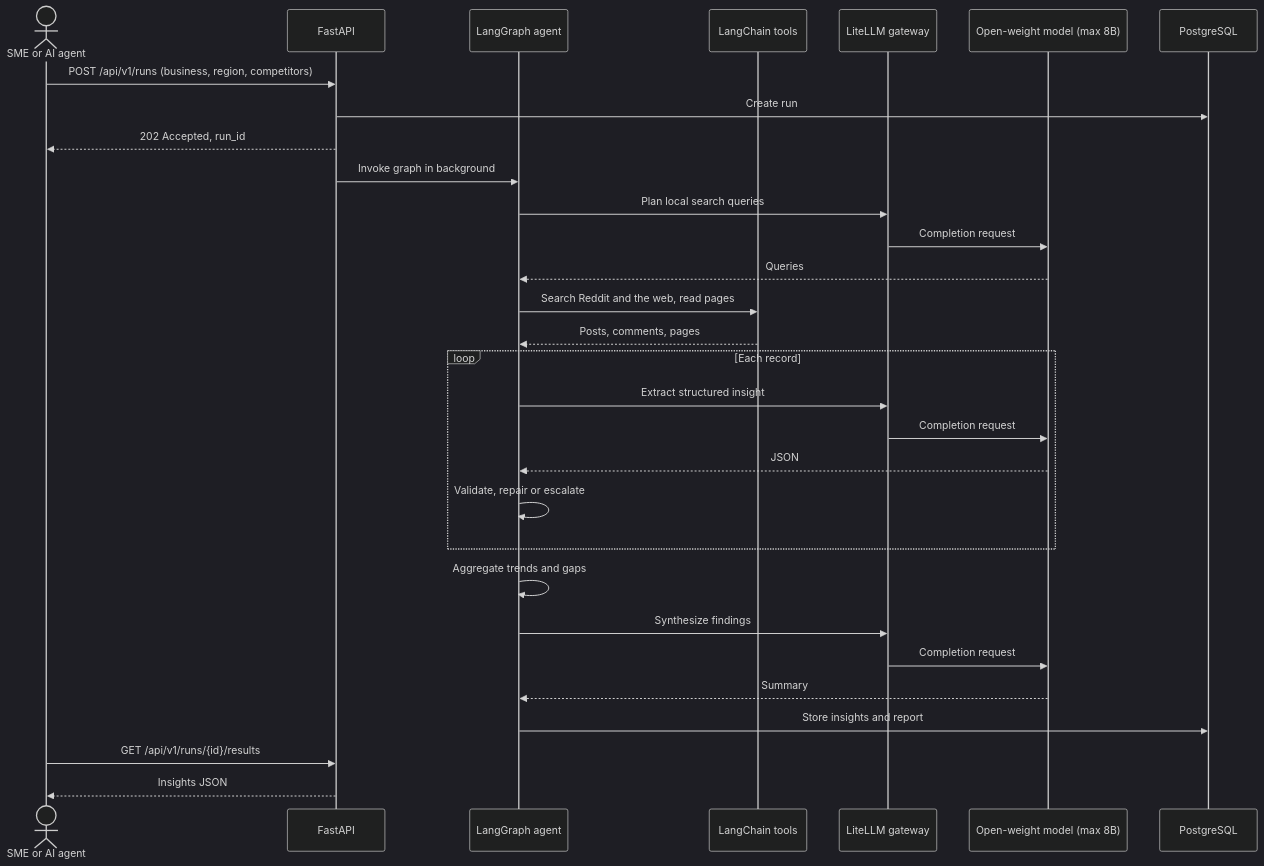
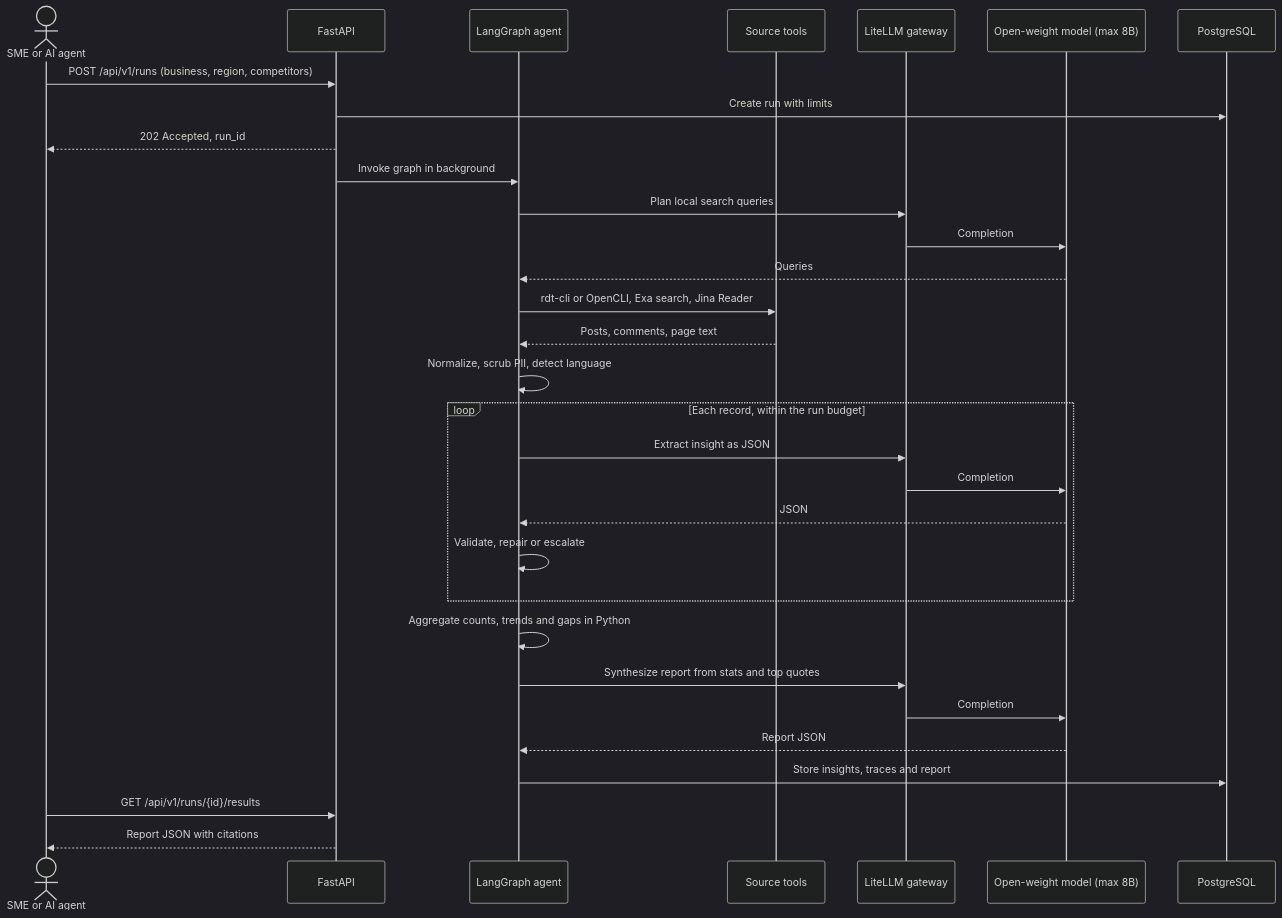
One commit to muhmdusman/hacktoberfest-local-market-pulse changed the fifth of 6 diagrams in README.md. Above: the diagram before and after it, drawn with Mermaid (dark theme). The commit also changed other lines of this file, not shown here.

````diff
--- a/README.md
+++ b/README.md
@@ -212,33 +278,34 @@
 ```mermaid
 sequenceDiagram
     actor User as SME or AI agent
     participant API as FastAPI
     participant G as LangGraph agent
-    participant T as LangChain tools
+    participant T as Source tools
     participant L as LiteLLM gateway
     participant M as Open-weight model (max 8B)
     participant DB as PostgreSQL
 
     User->>API: POST /api/v1/runs (business, region, competitors)
-    API->>DB: Create run
+    API->>DB: Create run with limits
     API-->>User: 202 Accepted, run_id
     API->>G: Invoke graph in background
     G->>L: Plan local search queries
-    L->>M: Completion request
+    L->>M: Completion
     M-->>G: Queries
-    G->>T: Search Reddit and the web, read pages
-    T-->>G: Posts, comments, pages
-    loop Each record
-        G->>L: Extract structured insight
-        L->>M: Completion request
+    G->>T: rdt-cli or OpenCLI, Exa search, Jina Reader
+    T-->>G: Posts, comments, page text
+    G->>G: Normalize, scrub PII, detect language
+    loop Each record, within the run budget
+        G->>L: Extract insight as JSON
+        L->>M: Completion
         M-->>G: JSON
         G->>G: Validate, repair or escalate
     end
-    G->>G: Aggregate trends and gaps
-    G->>L: Synthesize findings
-    L->>M: Completion request
-    M-->>G: Summary
-    G->>DB: Store insights and report
+    G->>G: Aggregate counts, trends and gaps in Python
+    G->>L: Synthesize report from stats and top quotes
+    L->>M: Completion
+    M-->>G: Report JSON
+    G->>DB: Store insights, traces and report
     User->>API: GET /api/v1/runs/{id}/results
-    API-->>User: Insights JSON
+    API-->>User: Report JSON with citations
 ```
````
